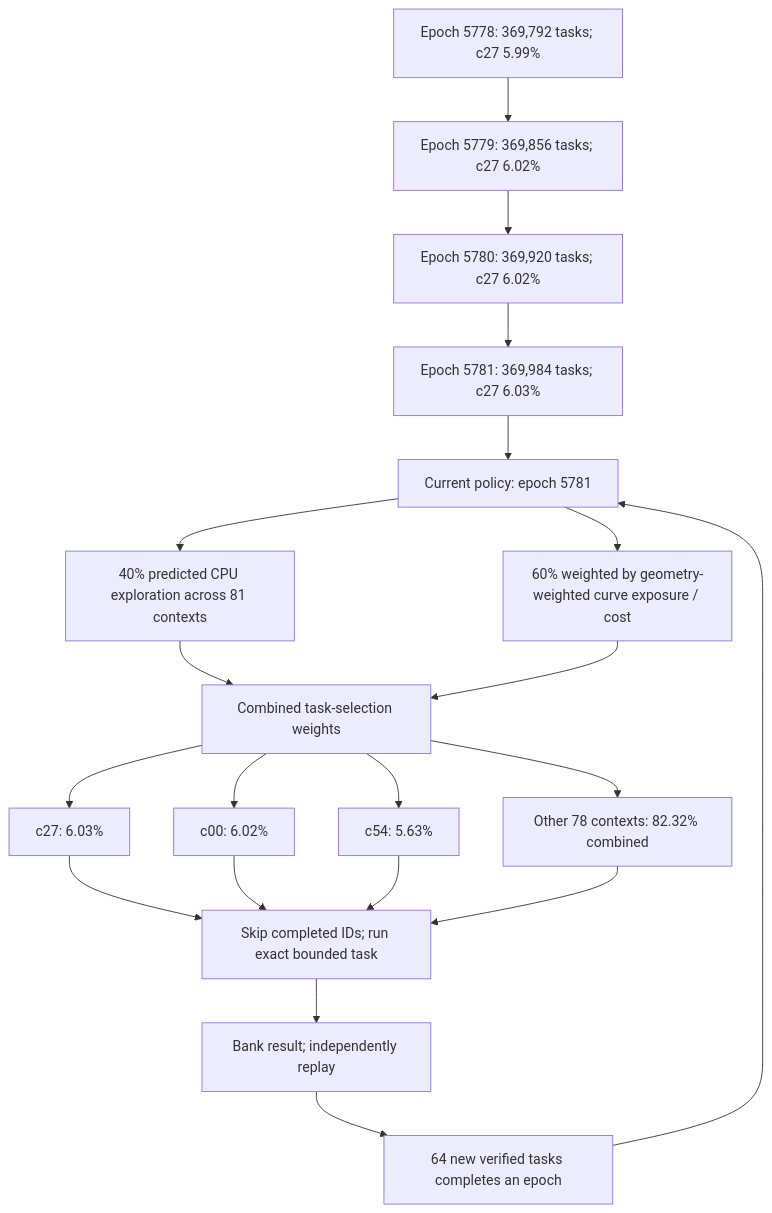
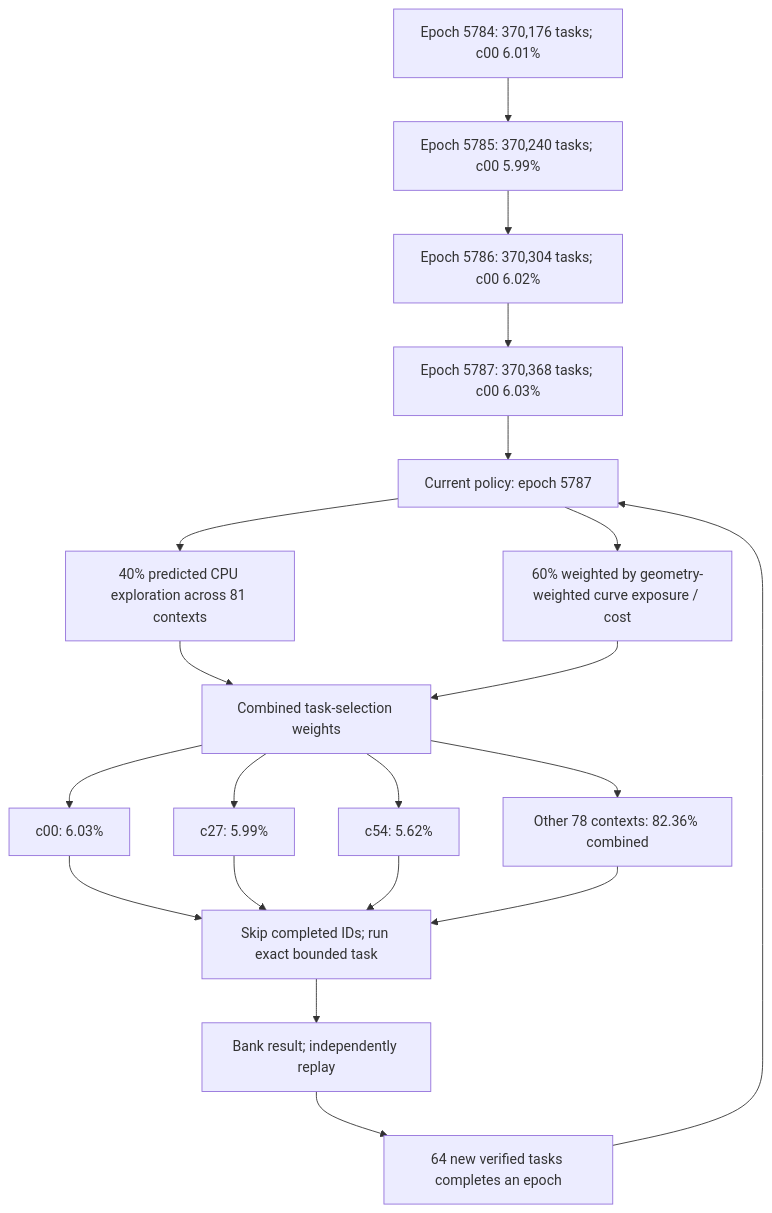
Before and after one commit to Kuberwastaken/math-gambling: the first of 3 diagrams in README.md, drawn with Mermaid. The commit also changed other lines of this file and 1955 other files, not shown here.

````diff
--- a/README.md
+++ b/README.md
@@ -60,27 +60,27 @@
 ```mermaid
 flowchart TD
-    H0["Epoch 5778: 369,792 tasks; c27 5.99%"]
-    H1["Epoch 5779: 369,856 tasks; c27 6.02%"]
+    H0["Epoch 5784: 370,176 tasks; c00 6.01%"]
+    H1["Epoch 5785: 370,240 tasks; c00 5.99%"]
     H0 --> H1
-    H2["Epoch 5780: 369,920 tasks; c27 6.02%"]
+    H2["Epoch 5786: 370,304 tasks; c00 6.02%"]
     H1 --> H2
-    H3["Epoch 5781: 369,984 tasks; c27 6.03%"]
+    H3["Epoch 5787: 370,368 tasks; c00 6.03%"]
     H2 --> H3
-    Policy["Current policy: epoch 5781"]
+    Policy["Current policy: epoch 5787"]
     H3 --> Policy
     Policy --> Explore["40% predicted CPU exploration across 81 contexts"]
     Policy --> Cost["60% weighted by geometry-weighted curve exposure / cost"]
     Explore --> Mix["Combined task-selection weights"]
     Cost --> Mix
-    Mix --> C0["c27: 6.03%"]
-    Mix --> C1["c00: 6.02%"]
-    Mix --> C2["c54: 5.63%"]
-    Mix --> Rest["Other 78 contexts: 82.32% combined"]
+    Mix --> C0["c00: 6.03%"]
+    Mix --> C1["c27: 5.99%"]
+    Mix --> C2["c54: 5.62%"]
+    Mix --> Rest["Other 78 contexts: 82.36% combined"]
     C0 --> Check["Skip completed IDs; run exact bounded task"]
     C1 --> Check
     C2 --> Check
     Rest --> Check
     Check --> Replay["Bank result; independently replay"]
     Replay --> Gate["64 new verified tasks completes an epoch"]
     Gate --> Policy
 ```
````
